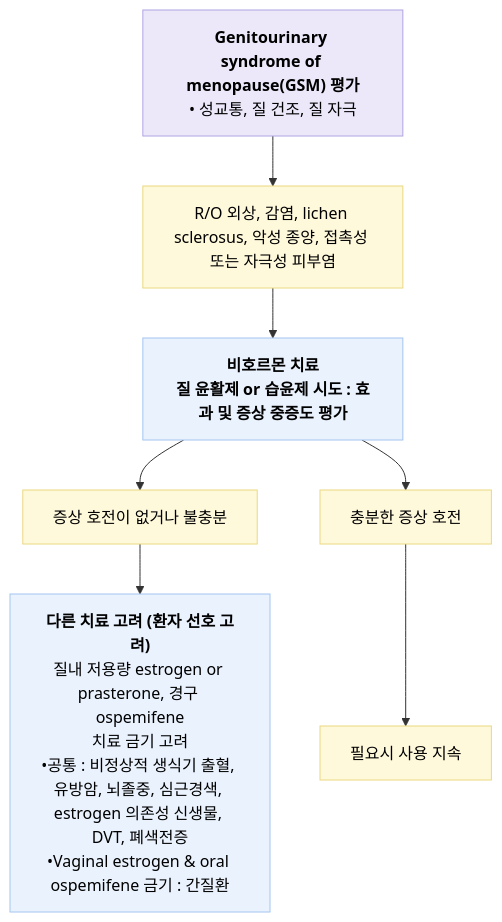
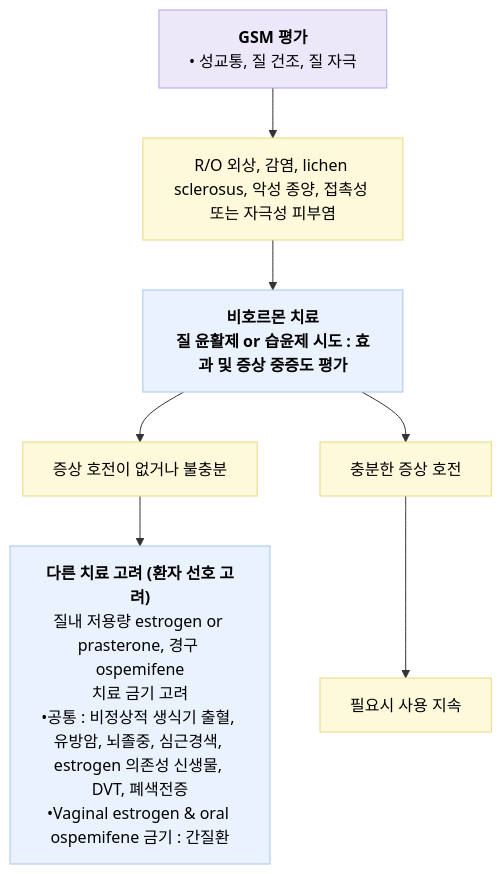
The second of 2 diagrams in 226_/108_-menopause-syndrome.md (familyoh77/familyoh77), drawn with Mermaid before and after one commit. The commit also changed other lines of this file, not shown here.

````diff
--- a/226_/108_-menopause-syndrome.md
+++ b/226_/108_-menopause-syndrome.md
@@ -155,29 +155,29 @@
 ```mermaid
 graph TD
-    A["<b>Genitourinary syndrome of menopause(GSM) 평가</b><br/>• 성교통, 질 건조, 질 자극"]
+    A["<b>GSM 평가</b><br/>• 성교통, 질 건조, 질 자극"]
 
     B["R/O 외상, 감염, lichen sclerosus, 악성 종양, 접촉성 또는 자극성 피부염"]
 
     C["<b>비호르몬 치료</b><br/><b>질 윤활제 or 습윤제 시도 : 효과 및 증상 중증도 평가</b>"]
 
     D1["증상 호전이 없거나 불충분"]
     D2["충분한 증상 호전"]
 
     E1["<b>다른 치료 고려 (환자 선호 고려)</b><br/>질내 저용량 estrogen or prasterone, 경구 ospemifene<br/>치료 금기 고려<br/>•공통 : 비정상적 생식기 출혈, 유방암, 뇌졸중, 심근경색, estrogen 의존성 신생물, DVT, 폐색전증<br/>•Vaginal estrogen & oral ospemifene 금기 : 간질환"]
     E2["필요시 사용 지속"]
 
     A --> B
     B --> C
     C --> D1
     C --> D2
     D1 --> E1
     D2 --> E2
 
     classDef purple fill:#ECE8FA,stroke:#B0A4E3,stroke-width:1px,color:#000000;
     classDef yellow fill:#FFF9DC,stroke:#EAD880,stroke-width:1px,color:#000000;
     classDef blue fill:#EAF2FD,stroke:#A3C6F1,stroke-width:1px,color:#000000;
 
     class A purple;
     class B,D1,D2,E2 yellow;
     class C,E1 blue;
 ```
````
